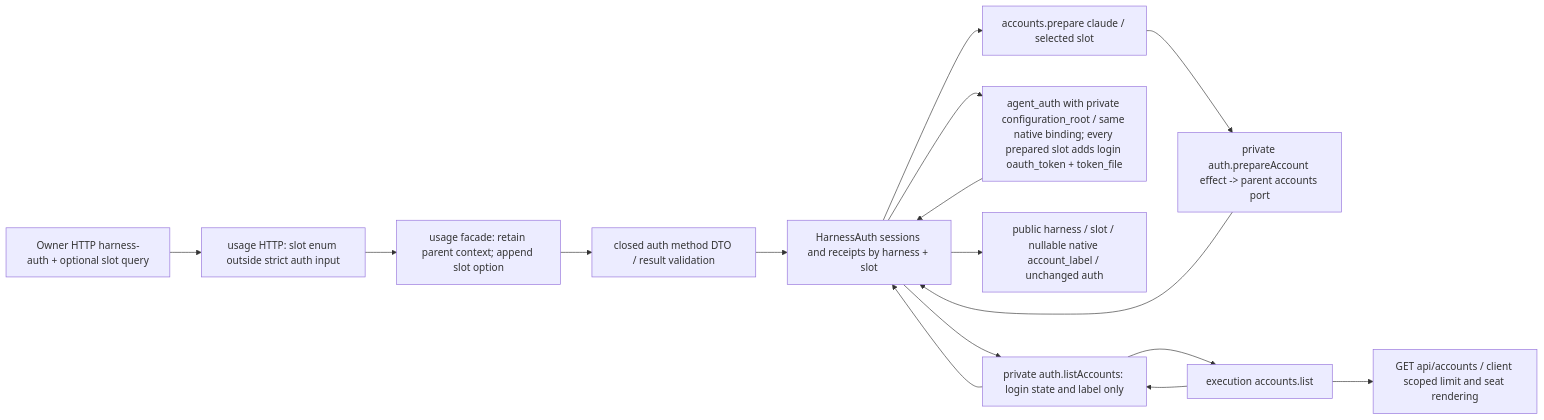
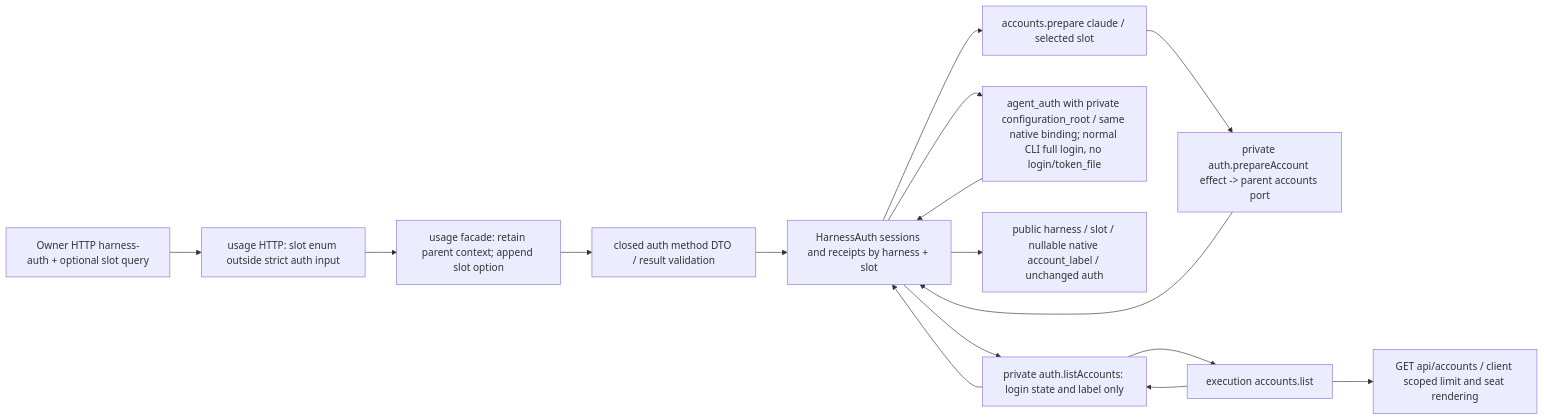
One commit to kitepon/BellTeam changed the diagram in docs/architecture/modules/usage/harness-accounts.md. Above: the diagram before and after it, drawn with Mermaid. The commit also changed other lines of this file and 3 other files, not shown here.

First line of the commit message:
HarnessAuth: Claude login card runs the full CLI login again (no setup-token)

````diff
--- a/docs/architecture/modules/usage/harness-accounts.md
+++ b/docs/architecture/modules/usage/harness-accounts.md
@@ -7,18 +7,18 @@
 ```mermaid
 flowchart LR
   Web[Owner HTTP harness-auth + optional slot query] --> API[usage HTTP: slot enum outside strict auth input]
   API --> Facade[usage facade: retain parent context; append slot option]
   Facade --> Schema[closed auth method DTO / result validation]
   Schema --> Auth[HarnessAuth sessions and receipts by harness + slot]
   Auth --> Prepare[accounts.prepare claude / selected slot]
   Prepare --> Private[private auth.prepareAccount effect -> parent accounts port]
   Private --> Auth
-  Auth --> Native[agent_auth with private configuration_root / same native binding; every prepared slot adds login oauth_token + token_file]
+  Auth --> Native[agent_auth with private configuration_root / same native binding; normal CLI full login, no login/token_file]
   Native --> Auth
   Auth --> View[public harness / slot / nullable native account_label / unchanged auth]
   Auth --> Login[private auth.listAccounts: login state and label only]
   Login --> Accounts[execution accounts.list]
   Accounts --> Login
   Login --> Auth
   Accounts --> Card[GET api/accounts / client scoped limit and seat rendering]
 ```
````
